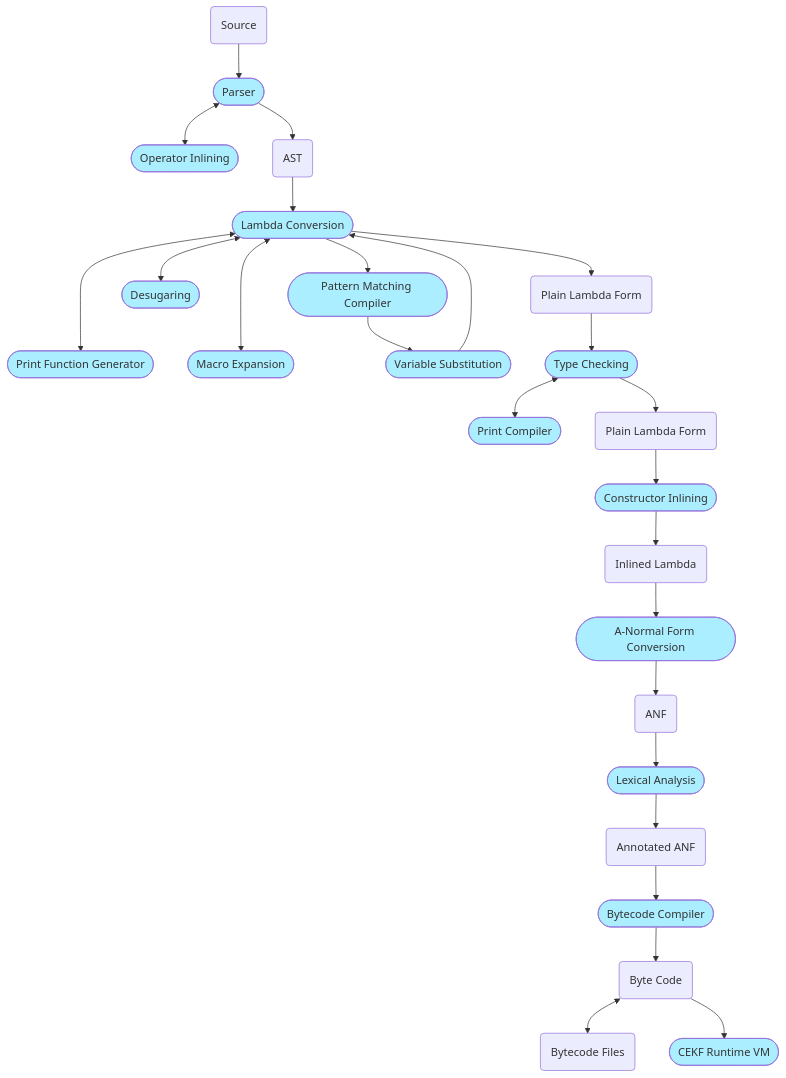
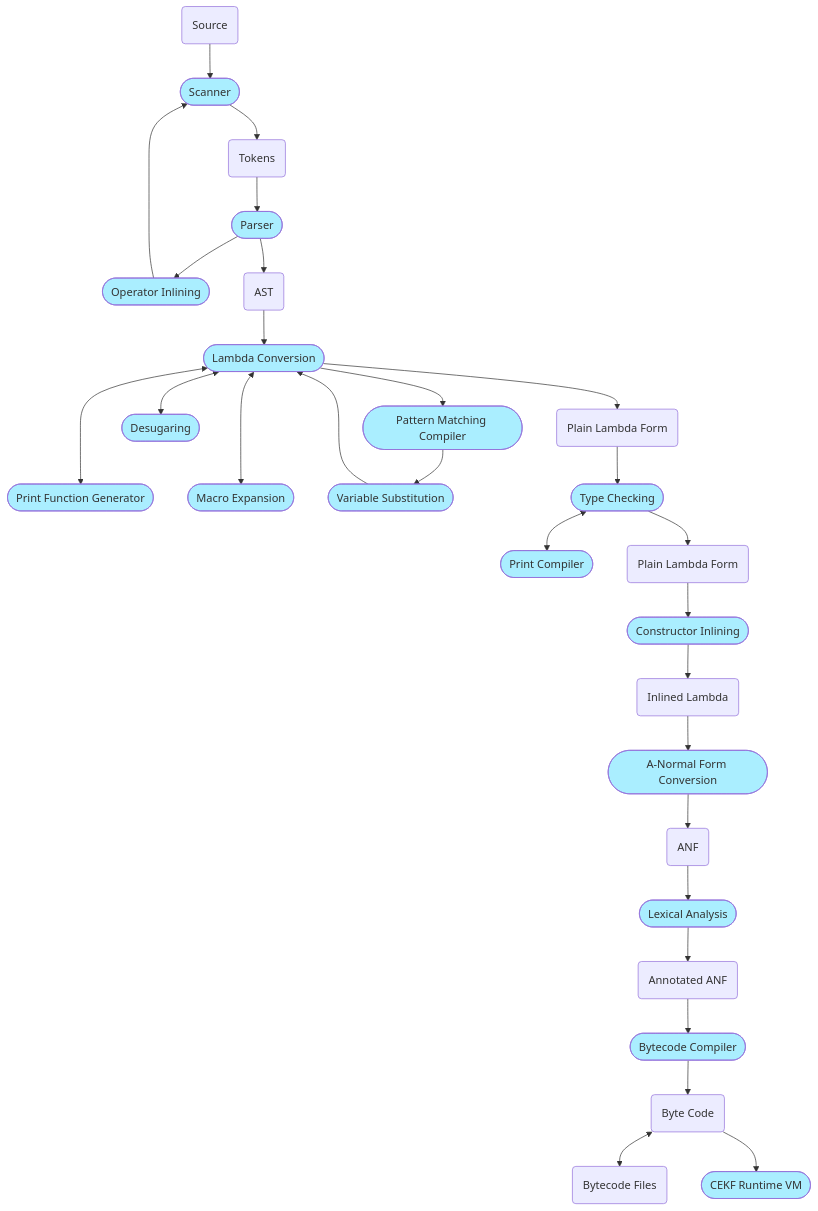
One commit to billhails/CEKF changed the diagram in README.md. Above: the diagram before and after it, drawn with Mermaid. The commit also changed other lines of this file, not shown here.

````diff
--- a/README.md
+++ b/README.md
@@ -67,28 +67,31 @@
 ```mermaid
 flowchart TD
 classDef process fill:#aef;
 source(Source) -->
+scanner([Scanner]):::process -->
+tokens(Tokens) -->
 parser([Parser]):::process
-parser <--> oi([Operator Inlining]):::process
+parser --> oi([Operator Inlining]):::process
+oi --> scanner
 parser --> ast(AST) -->
 lc([Lambda Conversion]):::process --> tpmc([Pattern Matching Compiler]):::process
 lc <---> pg([Print Function Generator]):::process
 lc <---> me([Macro Expansion]):::process
 tpmc --> vs([Variable Substitution]):::process
 vs --> lc
 lc <--> des([Desugaring]):::process
 lc --> lambda1(Plain Lambda Form)
 lambda1 --> tc([Type Checking]):::process
 tc <--> pc([Print Compiler]):::process
 tc --> lambda2(Plain Lambda Form)
 lambda2 --> ci([Constructor Inlining]):::process
 ci --> lambda3(Inlined Lambda)
 lambda3 --> anfc([A-Normal Form Conversion]):::process
 anfc --> anf(ANF)
 anf --> lexa([Lexical Analysis]):::process
 lexa --> ann(Annotated ANF)
 ann --> bcc([Bytecode Compiler]):::process
 bcc --> bc(Byte Code)
 bc <--> bcf(Bytecode Files)
 bc --> cekf([CEKF Runtime VM]):::process
 ```
````
